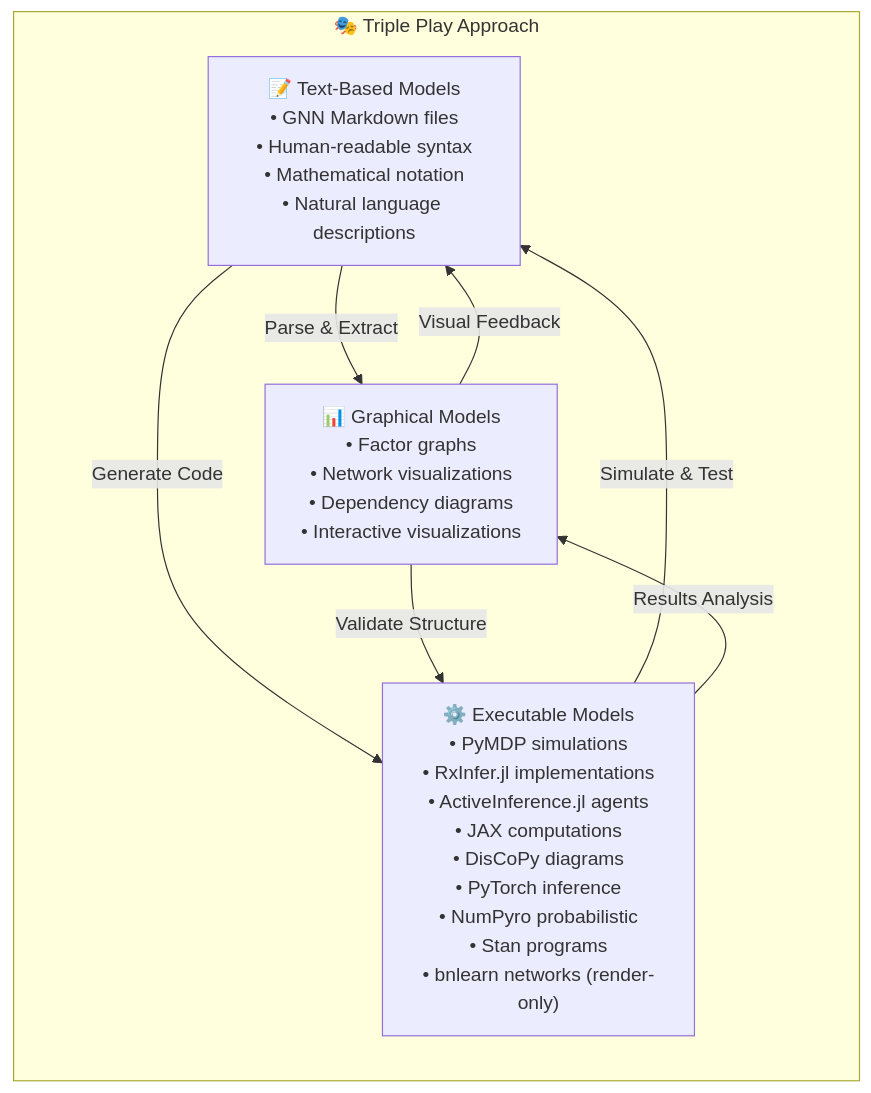
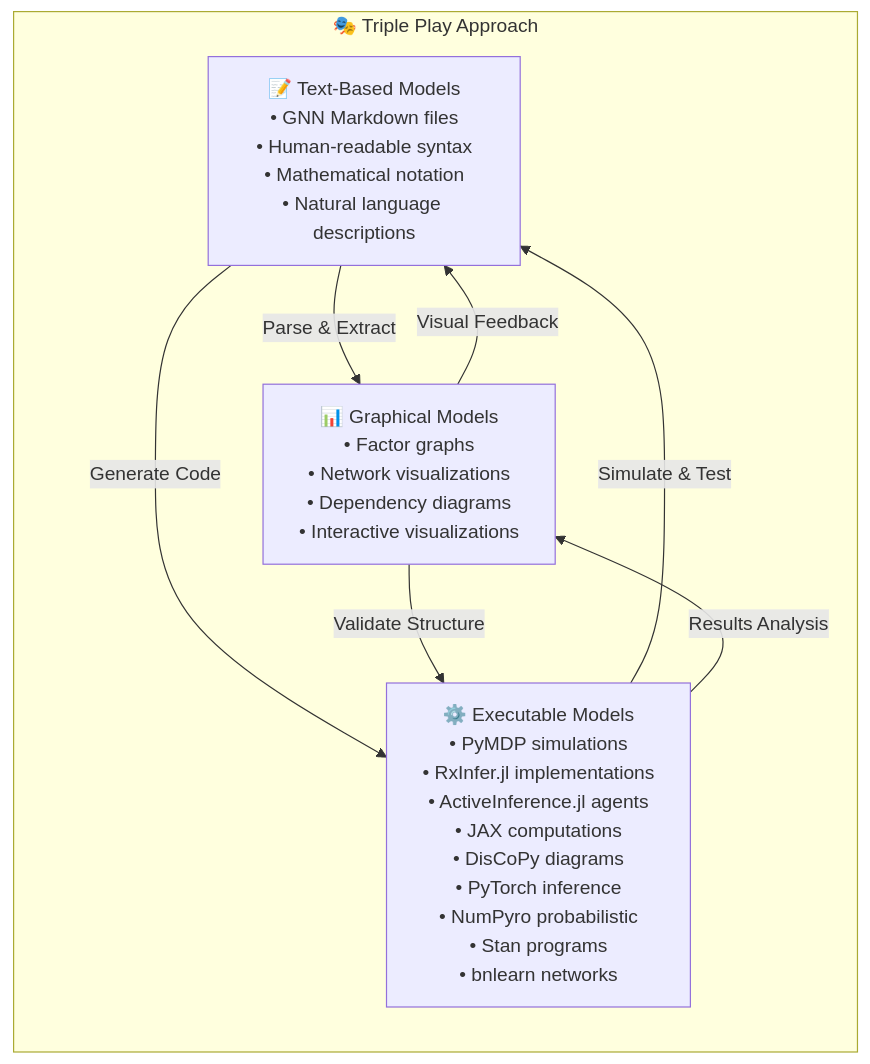
One commit to ActiveInferenceInstitute/GeneralizedNotationNotation changed the first of 8 diagrams in README.md. Above: the diagram before and after it, drawn with Mermaid. The commit also changed other lines of this file and 20 other files, not shown here.

First line of the commit message:
docs: reconcile bnlearn render-only claims after the executor lands

````diff
--- a/README.md
+++ b/README.md
@@ -187,19 +187,19 @@
 ```mermaid
 graph LR
     subgraph "🎭 Triple Play Approach"
         A["📝 Text-Based Models<br/>• GNN Markdown files<br/>• Human-readable syntax<br/>• Mathematical notation<br/>• Natural language descriptions"]
         
         B["📊 Graphical Models<br/>• Factor graphs<br/>• Network visualizations<br/>• Dependency diagrams<br/>• Interactive visualizations"]
         
-        C["⚙️ Executable Models<br/>• PyMDP simulations<br/>• RxInfer.jl implementations<br/>• ActiveInference.jl agents<br/>• JAX computations<br/>• DisCoPy diagrams<br/>• PyTorch inference<br/>• NumPyro probabilistic<br/>• Stan programs<br/>• bnlearn networks (render-only)"]
+        C["⚙️ Executable Models<br/>• PyMDP simulations<br/>• RxInfer.jl implementations<br/>• ActiveInference.jl agents<br/>• JAX computations<br/>• DisCoPy diagrams<br/>• PyTorch inference<br/>• NumPyro probabilistic<br/>• Stan programs<br/>• bnlearn networks"]
     end
     
     A -->|Parse & Extract| B
     A -->|Generate Code| C
     B -->|Validate Structure| C
     C -->|Simulate & Test| A
     B -->|Visual Feedback| A
     C -->|Results Analysis| B
     
     %% styling intentionally omitted (theme-controlled)
 ```
````
